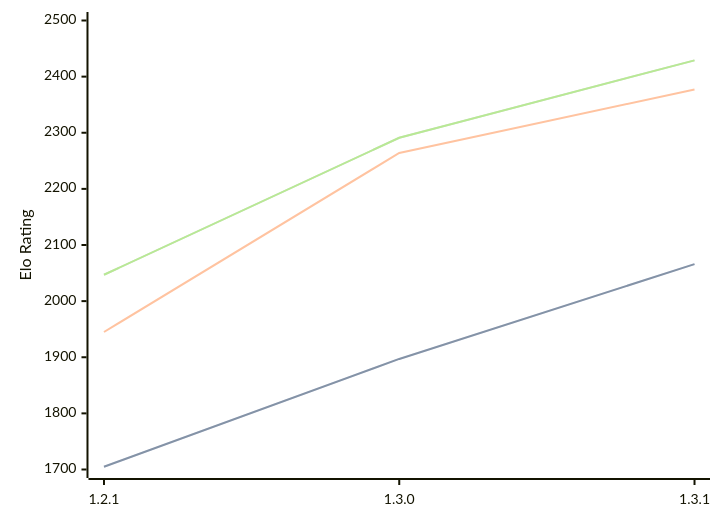
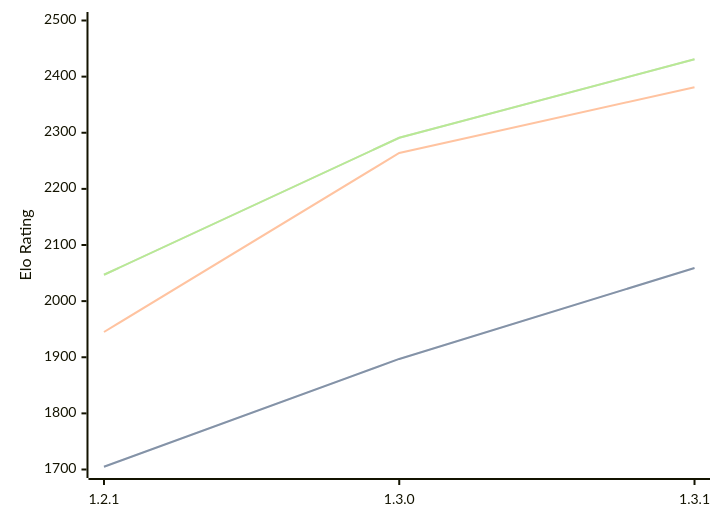
One commit to computer-chess-index/cci changed the diagram in engines/Chal.md. Above: the diagram before and after it, drawn with Mermaid. The commit also changed other lines of this file, not shown here.

Commit message:
Update CCI Ratings (ELO VLTC) - 2026-03-13

````diff
--- a/engines/Chal.md
+++ b/engines/Chal.md
@@ -34,11 +34,11 @@
 ```mermaid
 %%{init: {"theme":"base","themeVariables":{"seriesColors:['#a3a3a3','#222221','#faa371']}}}%%
 xychart-beta
   x-axis ["1.2.1", "1.3.0", "1.3.1"]
   y-axis "Elo Rating" 1700 --> 2500
-  line "STC (8.0+0.08s)" [1705, 1897, 2066]
-  line "STC (8.0+0.08s)" [1705, 1897, 2066]
-  line "LTC (60.0+0.60s)" [1945, 2264, 2377]
-  line "VLTC (2m24s+1.12s)" [2047, 2291, 2429]
-  line "VLTC (2m24s+1.12s)" [2047, 2291, 2429]
+  line "STC (8.0+0.08s)" [1705, 1897, 2059]
+  line "STC (8.0+0.08s)" [1705, 1897, 2059]
+  line "LTC (60.0+0.60s)" [1945, 2264, 2381]
+  line "VLTC (2m24s+1.12s)" [2047, 2291, 2431]
+  line "VLTC (2m24s+1.12s)" [2047, 2291, 2431]
 ```
````
